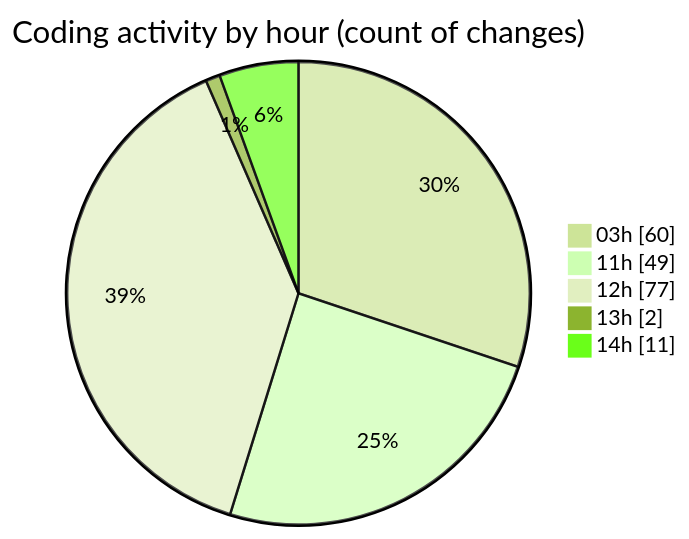
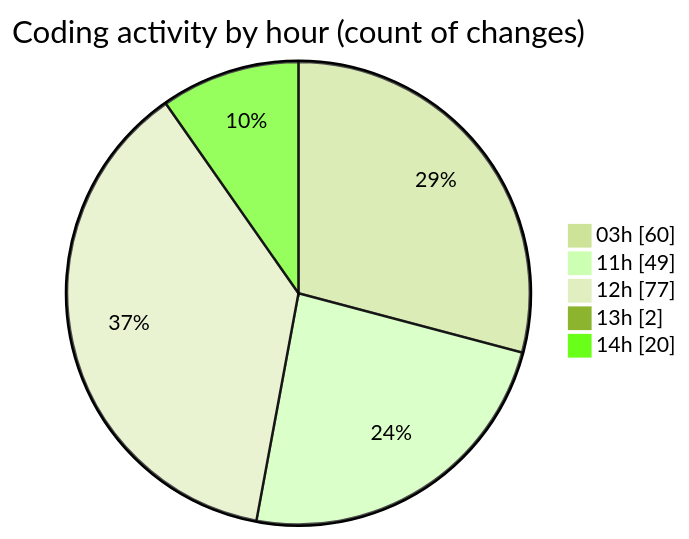
Before and after one commit to Ritupan-Deka/code-tracking: the second of 2 diagrams in 2025-07-02/mern-thinkboard/README.md, drawn with Mermaid (forest theme). The commit also changed other lines of this file and 1 other file, not shown here.

````diff
--- a/2025-07-02/mern-thinkboard/README.md
+++ b/2025-07-02/mern-thinkboard/README.md
@@ -38,9 +38,9 @@
 ```mermaid
 pie showData
 title Coding activity by hour (count of changes)
 "03h" : 60
 "11h" : 49
 "12h" : 77
 "13h" : 2
-"14h" : 11
+"14h" : 20
 ```
````
